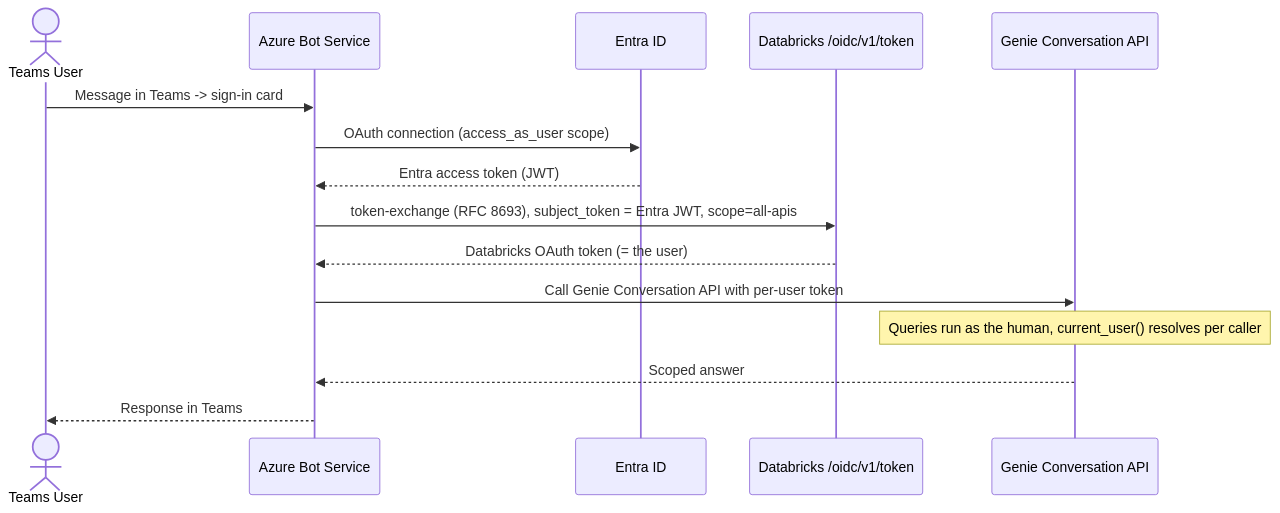
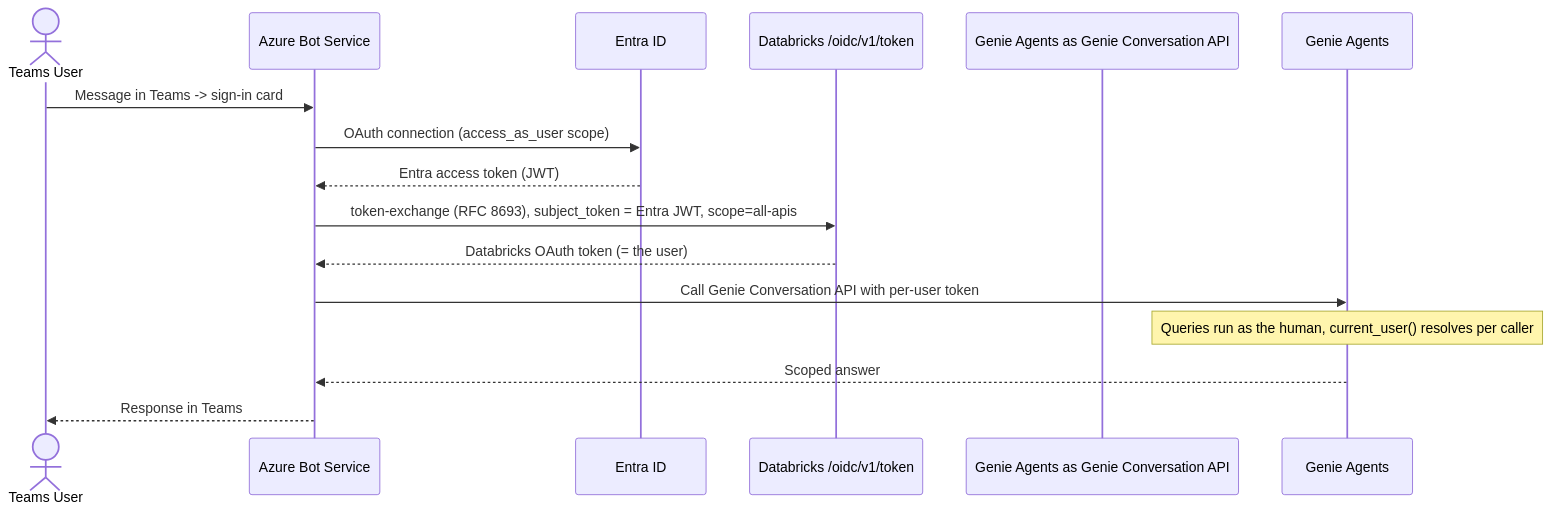
The diagram in identity/teams-copilot-genie-obo.md (bhavink/applied-ai-governance), drawn with Mermaid before and after one commit. The commit also changed other lines of this file and 37 other files, not shown here.

First line of the commit message:
docs: rename Genie Spaces/Genie to Genie Agents per product naming

````diff
--- a/identity/teams-copilot-genie-obo.md
+++ b/identity/teams-copilot-genie-obo.md
@@ -63,18 +63,18 @@
 ```mermaid
 sequenceDiagram
     actor User as Teams User
     participant Bot as Azure Bot Service
     participant Entra as Entra ID
     participant DBX as Databricks /oidc/v1/token
-    participant Genie as Genie Conversation API
+    participant Genie Agents as Genie Conversation API
 
     User->>Bot: Message in Teams -> sign-in card
     Bot->>Entra: OAuth connection (access_as_user scope)
     Entra-->>Bot: Entra access token (JWT)
     Bot->>DBX: token-exchange (RFC 8693), subject_token = Entra JWT, scope=all-apis
     DBX-->>Bot: Databricks OAuth token (= the user)
-    Bot->>Genie: Call Genie Conversation API with per-user token
-    Note over Genie: Queries run as the human, current_user() resolves per caller
-    Genie-->>Bot: Scoped answer
+    Bot->>Genie Agents: Call Genie Conversation API with per-user token
+    Note over Genie Agents: Queries run as the human, current_user() resolves per caller
+    Genie Agents-->>Bot: Scoped answer
     Bot-->>User: Response in Teams
 ```
````
